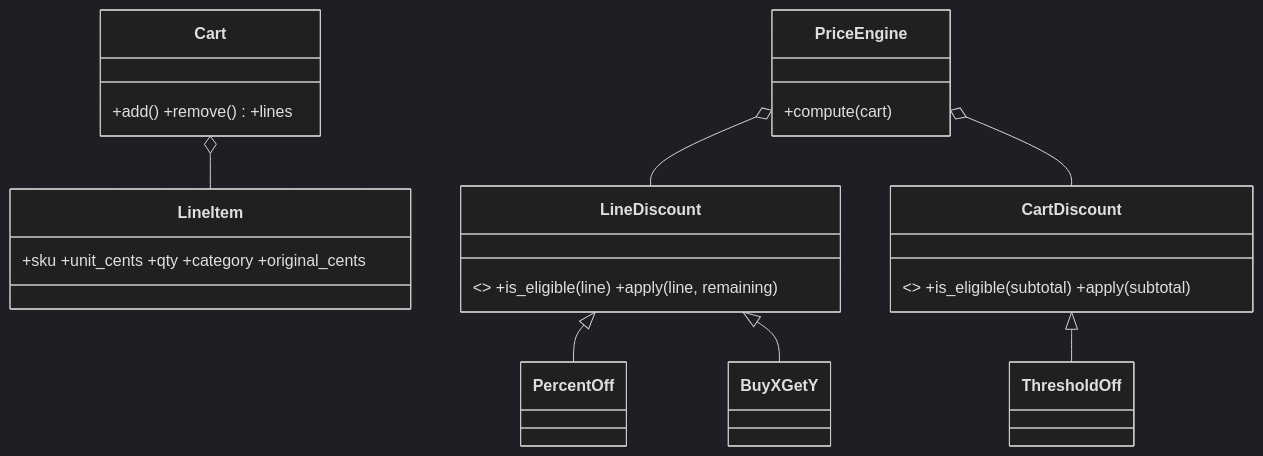
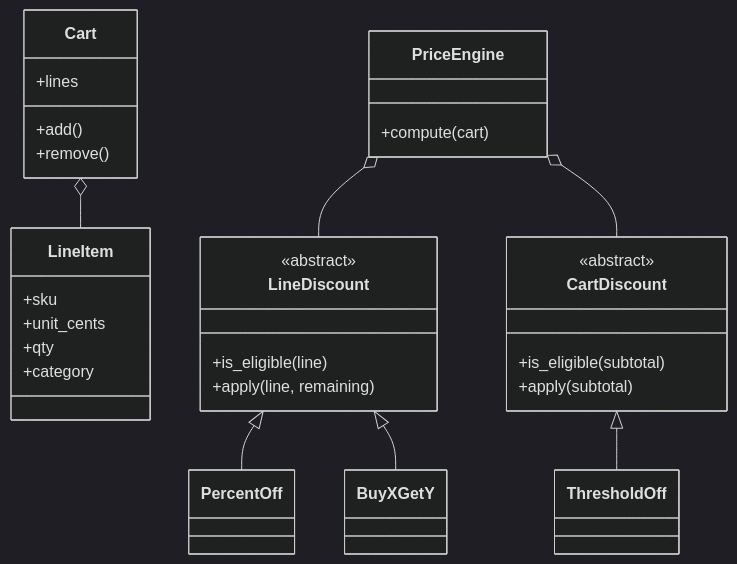
Before and after one commit to ChiChasesCheese/trellis: the diagram in vault/domains/low-level-design/readings/problems/solution-amz-discount-engine.md, drawn with Mermaid (dark theme). The commit also changed 69 other files, not shown here.

First line of the commit message:
Rewrite pass to WRITING_RULES: SD01-07, LLD amazon leaves 5-12, coding notes + cards; diagrams fit the page

````diff
--- a/vault/domains/low-level-design/readings/problems/solution-amz-discount-engine.md
+++ b/vault/domains/low-level-design/readings/problems/solution-amz-discount-engine.md
@@ -44,17 +44,36 @@
 ```mermaid
 classDiagram
-    class LineItem { +sku +unit_cents +qty +category +original_cents }
-    class Cart { +add() +remove() +lines }
-    class LineDiscount { <<abstract>> +is_eligible(line) +apply(line, remaining) }
+    class LineItem {
+        +sku
+        +unit_cents
+        +qty
+        +category
+    }
+    class Cart {
+        +add()
+        +remove()
+        +lines
+    }
+    class LineDiscount {
+        <<abstract>>
+        +is_eligible(line)
+        +apply(line, remaining)
+    }
     class PercentOff
     class BuyXGetY
-    class CartDiscount { <<abstract>> +is_eligible(subtotal) +apply(subtotal) }
+    class CartDiscount {
+        <<abstract>>
+        +is_eligible(subtotal)
+        +apply(subtotal)
+    }
     class ThresholdOff
-    class PriceEngine { +compute(cart) }
+    class PriceEngine {
+        +compute(cart)
+    }
     Cart o-- LineItem
     LineDiscount <|-- PercentOff
     LineDiscount <|-- BuyXGetY
     CartDiscount <|-- ThresholdOff
     PriceEngine o-- LineDiscount
     PriceEngine o-- CartDiscount
 ```
````
